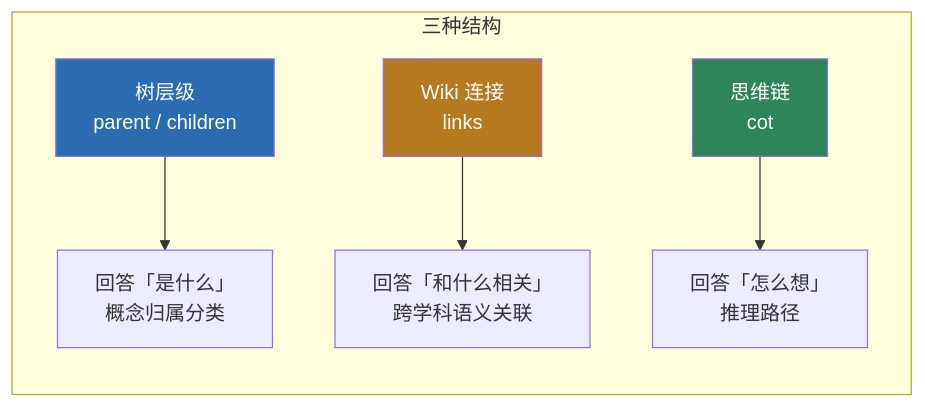
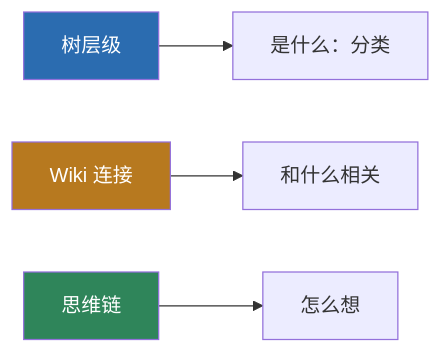
One commit to Baixiaodou/comm-knowledge-graph changed the first of 3 diagrams in README.md. Above: the diagram before and after it, drawn with Mermaid. The commit also changed other lines of this file, not shown here.

Commit message:
README 美化：标题加 Communication + 徽章精简 + mermaid 标签缩短 + 引用块改 GitHub Alerts

````diff
--- a/README.md
+++ b/README.md
@@ -78,11 +78,9 @@
 ```mermaid
 graph LR
-    subgraph 三种结构
-        T[树层级<br/>parent / children] --> T1[回答「是什么」<br/>概念归属分类]
-        W[Wiki 连接<br/>links] --> W1[回答「和什么相关」<br/>跨学科语义关联]
-        C[思维链<br/>cot] --> C1[回答「怎么想」<br/>推理路径]
-    end
+    T[树层级] --> T1[是什么：分类]
+    W[Wiki 连接] --> W1[和什么相关]
+    C[思维链] --> C1[怎么想]
     style T fill:#2b6cb0,color:#fff
     style W fill:#b7791f,color:#fff
     style C fill:#2f855a,color:#fff
 ```
````
